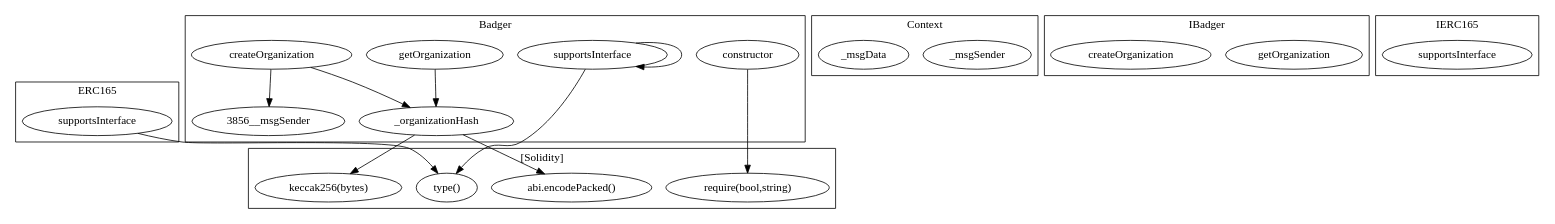
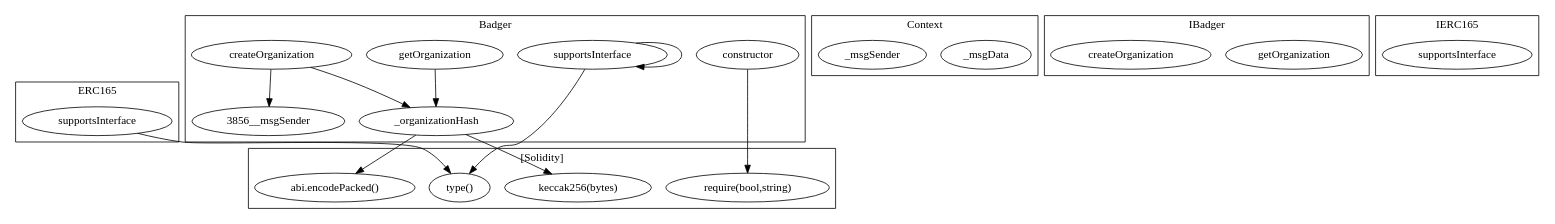
One commit to FlipsideCrypto/badger changed the diagram in contracts/build/...Badger.call-graph.dot. Above: the diagram before and after it, drawn with Graphviz. The commit also changed other lines of this file and 23 other files, not shown here.

```diff
--- a/contracts/build/...Badger.call-graph.dot
+++ b/contracts/build/...Badger.call-graph.dot
@@ -1,39 +1,39 @@
 strict digraph {
 subgraph cluster_3081_ERC165 {
 label = "ERC165"
 "3081_supportsInterface" [label="supportsInterface"]
 }subgraph cluster_2443_Context {
 label = "Context"
+"2443__msgData" [label="_msgData"]
 "2443__msgSender" [label="_msgSender"]
-"2443__msgData" [label="_msgData"]
 }subgraph cluster_3856_Badger {
 label = "Badger"
 "3856_supportsInterface" [label="supportsInterface"]
-"3856__organizationHash" [label="_organizationHash"]
 "3856_getOrganization" [label="getOrganization"]
 "3856_constructor" [label="constructor"]
 "3856_createOrganization" [label="createOrganization"]
+"3856__organizationHash" [label="_organizationHash"]
+"3856_createOrganization" -> "3856__organizationHash"
+"3856_createOrganization" -> "3856__msgSender"
 "3856_supportsInterface" -> "3856_supportsInterface"
 "3856_getOrganization" -> "3856__organizationHash"
-"3856_createOrganization" -> "3856__organizationHash"
-"3856_createOrganization" -> "3856__msgSender"
 }subgraph cluster_6452_IBadger {
 label = "IBadger"
 "6452_getOrganization" [label="getOrganization"]
 "6452_createOrganization" [label="createOrganization"]
 }subgraph cluster_3093_IERC165 {
 label = "IERC165"
 "3093_supportsInterface" [label="supportsInterface"]
 }subgraph cluster_solidity {
 label = "[Solidity]"
-"require(bool,string)" 
-"type()" 
 "abi.encodePacked()" 
 "keccak256(bytes)" 
+"type()" 
+"require(bool,string)" 
+"3856_supportsInterface" -> "type()"
+"3081_supportsInterface" -> "type()"
 "3856_constructor" -> "require(bool,string)"
 "3856__organizationHash" -> "abi.encodePacked()"
 "3856__organizationHash" -> "keccak256(bytes)"
-"3081_supportsInterface" -> "type()"
-"3856_supportsInterface" -> "type()"
 }
 }
```
